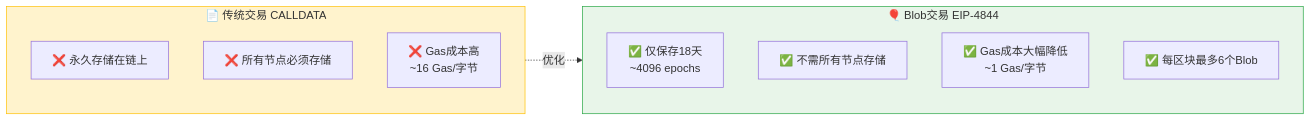
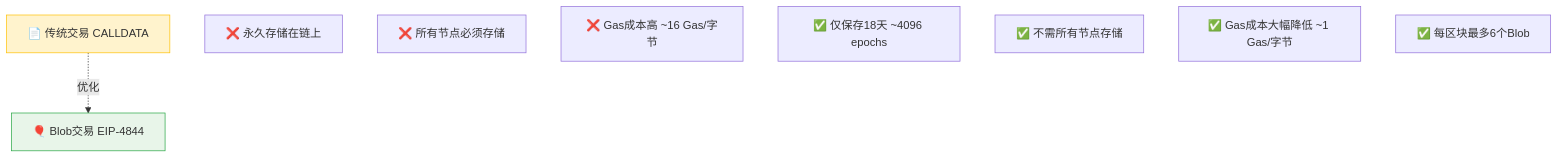
One commit to web3-wallet-org/web3-wallet-notes changed the fifth of 9 diagrams in docs/《精通以太坊》/第16章-以太坊扩容.md. Above: the diagram before and after it, drawn with Mermaid. The commit also changed other lines of this file and 5 other files, not shown here.

````diff
--- a/docs/《精通以太坊》/第16章-以太坊扩容.md
+++ b/docs/《精通以太坊》/第16章-以太坊扩容.md
@@ -376,22 +387,18 @@
 ```mermaid
-graph LR
-    subgraph Traditional["📄 传统交易 CALLDATA"]
-        direction TB
-        T1["❌ 永久存储在链上"]
-        T2["❌ 所有节点必须存储"]
-        T3["❌ Gas成本高<br/>~16 Gas/字节"]
-    end
+graph TB
+    Traditional["📄 传统交易 CALLDATA"]
+    T1["❌ 永久存储在链上"]
+    T2["❌ 所有节点必须存储"]
+    T3["❌ Gas成本高 ~16 Gas/字节"]
     
-    subgraph Blob["🎈 Blob交易 EIP-4844"]
-        direction TB
-        B1["✅ 仅保存18天<br/>~4096 epochs"]
-        B2["✅ 不需所有节点存储"]
-        B3["✅ Gas成本大幅降低<br/>~1 Gas/字节"]
-        B4["✅ 每区块最多6个Blob"]
-    end
+    Blob["🎈 Blob交易 EIP-4844"]
+    B1["✅ 仅保存18天 ~4096 epochs"]
+    B2["✅ 不需所有节点存储"]
+    B3["✅ Gas成本大幅降低 ~1 Gas/字节"]
+    B4["✅ 每区块最多6个Blob"]
     
     Traditional -.->|优化| Blob
     
     style Traditional fill:#fff3cd,stroke:#ffc107,color:#333
     style Blob fill:#e8f5e9,stroke:#28a745,color:#333
 ```
````
